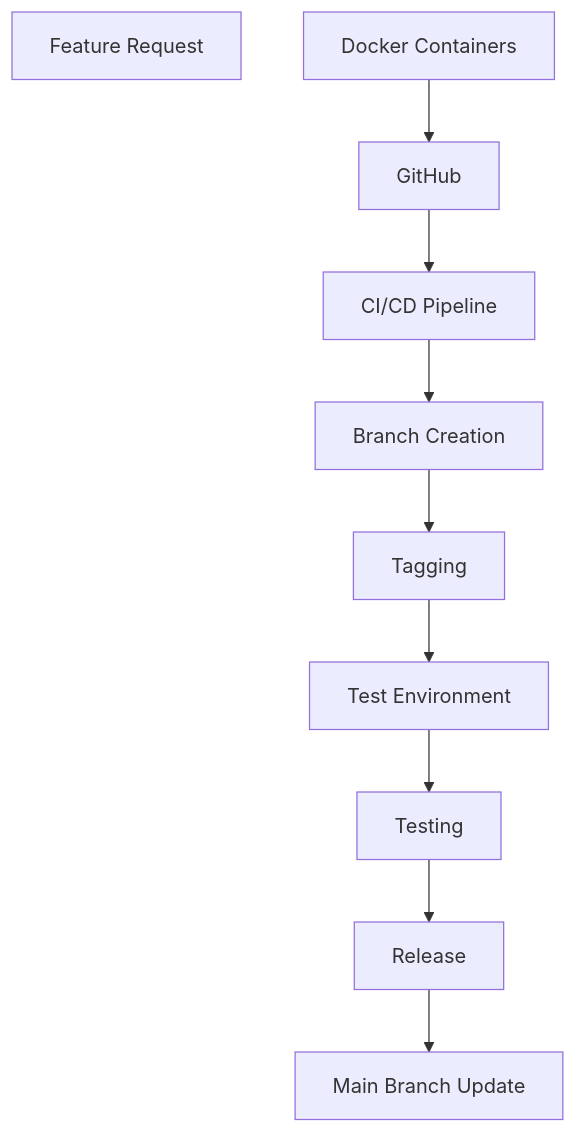
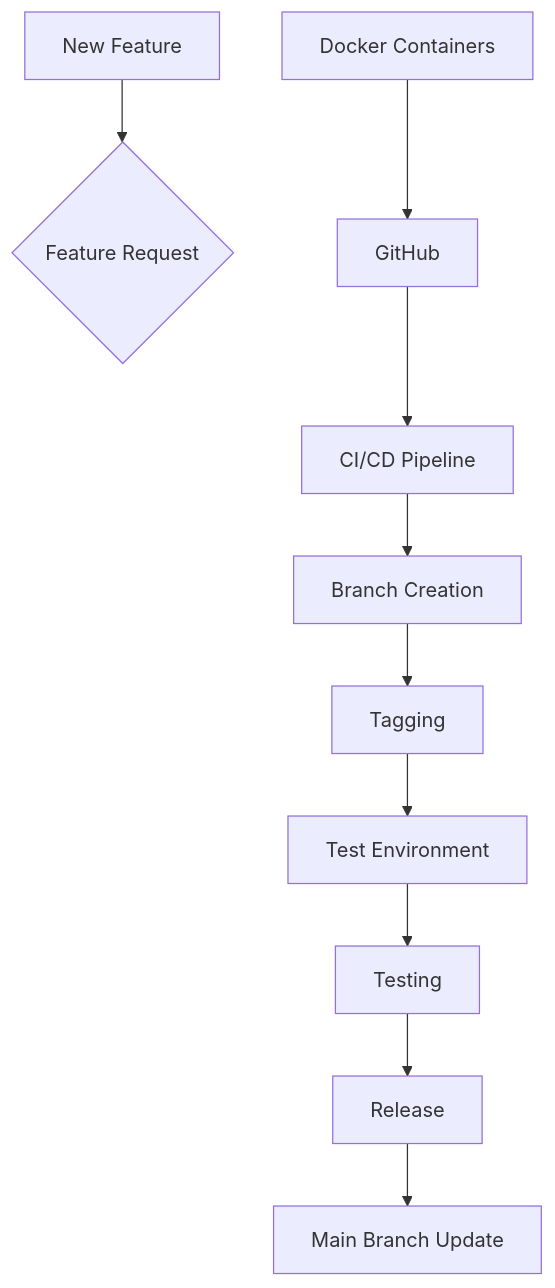
One commit to binaryloom/TaskManagementSystem changed the third of 3 diagrams in docs/project_archetecture.md. Above: the diagram before and after it, drawn with Mermaid.

Commit message:
Mar 3, 2024, 10:36 PM

````diff
--- a/docs/project_archetecture.md
+++ b/docs/project_archetecture.md
@@ -43,12 +43,12 @@
 ```mermaid
 graph TD;
-    new_feature["Feature Request"]
+    new_feature["New Feature"] --> feature_request{Feature Request}
     A[Docker Containers] --> B[GitHub];
     B --> C[CI/CD Pipeline];
     C --> D[Branch Creation];
     D --> E[Tagging];
     E --> F[Test Environment];
     F --> G[Testing];
     G --> H[Release];
     H --> I[Main Branch Update];
 ```
````
